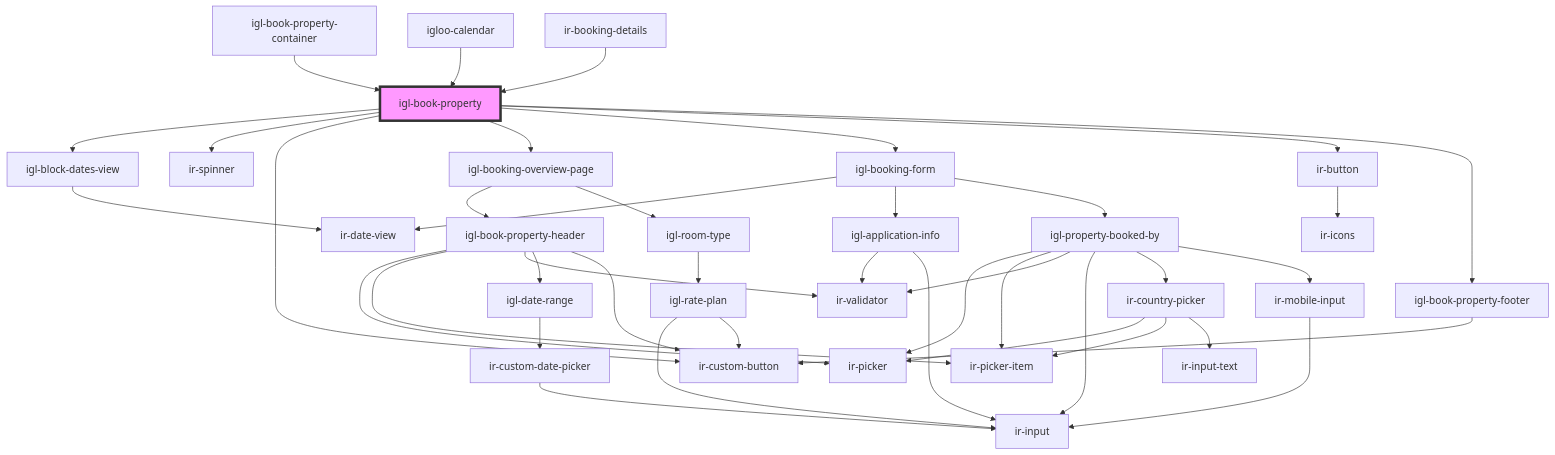
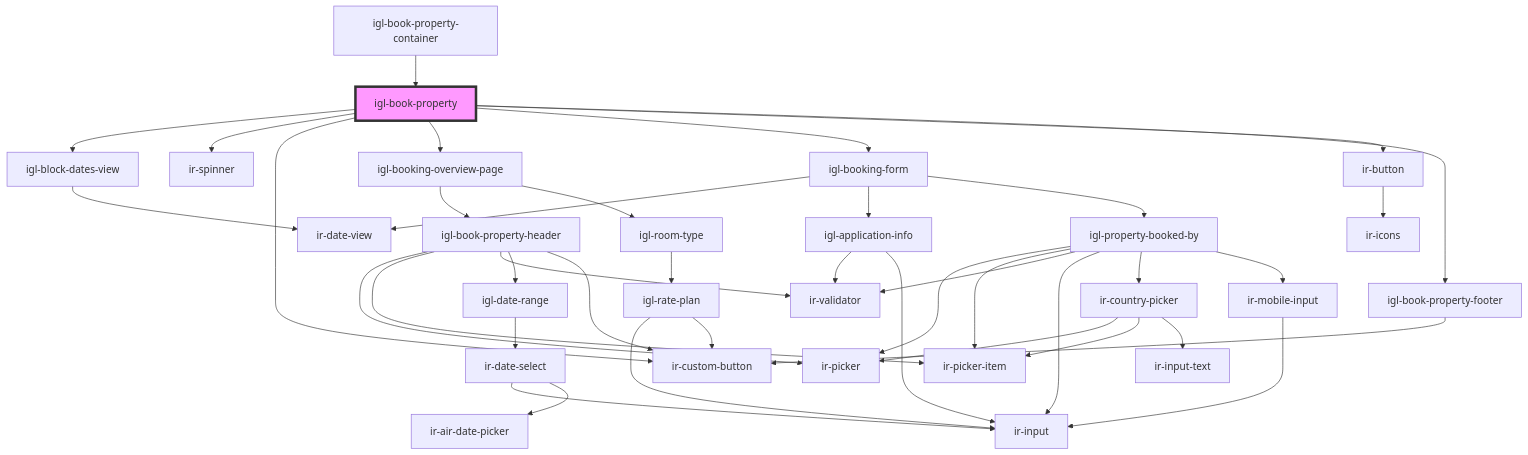
The diagram in src/components/igloo-calendar/igl-book-property/readme.md (RonyRizk/ir-webcmp), drawn with Mermaid before and after one commit. The commit also changed other lines of this file and 235 other files, not shown here.

````diff
--- a/src/components/igloo-calendar/igl-book-property/readme.md
+++ b/src/components/igloo-calendar/igl-book-property/readme.md
@@ -53,44 +49,43 @@
 ```mermaid
 graph TD;
   igl-book-property --> igl-block-dates-view
   igl-book-property --> ir-spinner
   igl-book-property --> ir-custom-button
   igl-book-property --> igl-booking-overview-page
   igl-book-property --> igl-booking-form
   igl-book-property --> ir-button
   igl-book-property --> igl-book-property-footer
   igl-block-dates-view --> ir-date-view
   igl-booking-overview-page --> igl-book-property-header
   igl-booking-overview-page --> igl-room-type
   igl-book-property-header --> ir-picker
   igl-book-property-header --> ir-picker-item
   igl-book-property-header --> ir-validator
   igl-book-property-header --> igl-date-range
   igl-book-property-header --> ir-custom-button
-  igl-date-range --> ir-custom-date-picker
-  ir-custom-date-picker --> ir-input
+  igl-date-range --> ir-date-select
+  ir-date-select --> ir-input
+  ir-date-select --> ir-air-date-picker
   igl-room-type --> igl-rate-plan
   igl-rate-plan --> ir-input
   igl-rate-plan --> ir-custom-button
   igl-booking-form --> ir-date-view
   igl-booking-form --> igl-application-info
   igl-booking-form --> igl-property-booked-by
   igl-application-info --> ir-validator
   igl-application-info --> ir-input
   igl-property-booked-by --> ir-picker
   igl-property-booked-by --> ir-picker-item
   igl-property-booked-by --> ir-validator
   igl-property-booked-by --> ir-input
   igl-property-booked-by --> ir-country-picker
   igl-property-booked-by --> ir-mobile-input
   ir-country-picker --> ir-picker
   ir-country-picker --> ir-picker-item
   ir-country-picker --> ir-input-text
   ir-mobile-input --> ir-input
   ir-button --> ir-icons
   igl-book-property-footer --> ir-custom-button
   igl-book-property-container --> igl-book-property
-  igloo-calendar --> igl-book-property
-  ir-booking-details --> igl-book-property
   style igl-book-property fill:#f9f,stroke:#333,stroke-width:4px
 ```
````
